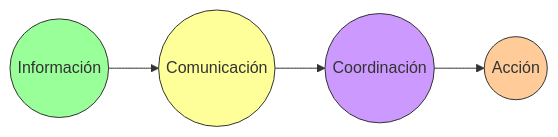
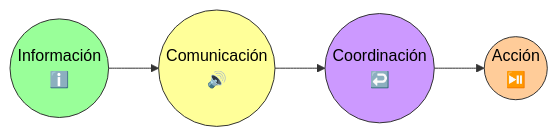
Before and after one commit to JhalexR/learning-journey: the sixth of 8 diagrams in Knowledge Base/2 Articulos e investigaciones/3. Hospitalización y Software.md, drawn with Mermaid. The commit also changed other lines of this file, not shown here.

````diff
--- a/Knowledge Base/2 Articulos e investigaciones/3. Hospitalización y Software.md
+++ b/Knowledge Base/2 Articulos e investigaciones/3. Hospitalización y Software.md
@@ -174,17 +174,21 @@
 ```mermaid
 flowchart LR
 
-Informacion(("Información"))
-Comunicacion(("Comunicación"))
-Coordinacion(("Coordinación"))
-Accion(("Acción"))
+Informacion(("Información 
+ℹ️"))
+Comunicacion(("Comunicación 
+🔊"))
+Coordinacion(("Coordinación 
+↩️"))
+Accion(("Acción 
+⏯️"))
 
-style Informacion fill:#99ff99,stroke:#333,stroke-width:1px
-style Comunicacion fill:#ffff99,stroke:#333,stroke-width:1px
-style Coordinacion fill:#cc99ff,stroke:#333,stroke-width:1px
-style Accion fill:#ffcc99,stroke:#333,stroke-width:1px
+style Informacion fill:#99ff99,stroke:#333,stroke-width:1px,color:#000000
+style Comunicacion fill:#ffff99,stroke:#333,stroke-width:1px,color:#000000
+style Coordinacion fill:#cc99ff,stroke:#333,stroke-width:1px,color:#000000
+style Accion fill:#ffcc99,stroke:#333,stroke-width:1px,color:#000000
 
 Informacion --> Comunicacion
 Comunicacion --> Coordinacion
 Coordinacion --> Accion
 ```
````
